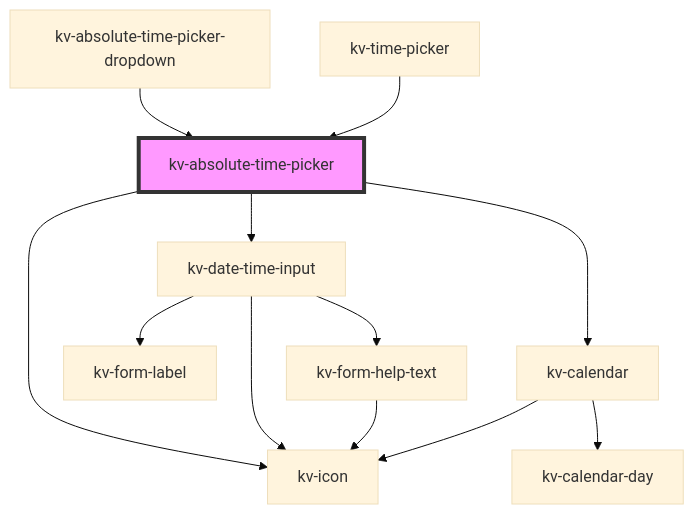
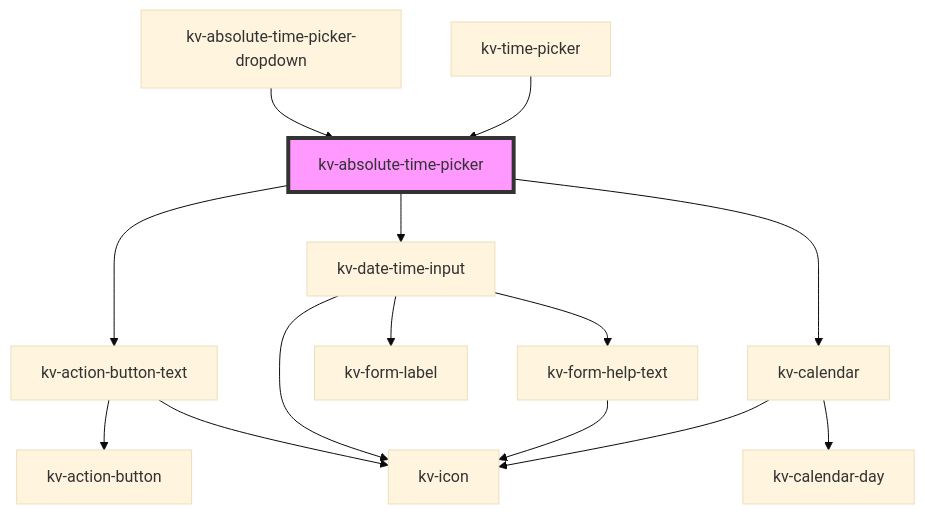
Before and after one commit to kelvininc/ui-components: the diagram in packages/ui-components/src/components/absolute-time-picker/readme.md, drawn with Mermaid (base theme). The commit also changed other lines of this file and 40 other files, not shown here.

Commit message:
feat(time-picker): migrate time pickers to  design tokens

````diff
--- a/packages/ui-components/src/components/absolute-time-picker/readme.md
+++ b/packages/ui-components/src/components/absolute-time-picker/readme.md
@@ -79,15 +79,17 @@
 ```mermaid
 graph TD;
-  kv-absolute-time-picker --> kv-icon
+  kv-absolute-time-picker --> kv-action-button-text
   kv-absolute-time-picker --> kv-date-time-input
   kv-absolute-time-picker --> kv-calendar
+  kv-action-button-text --> kv-action-button
+  kv-action-button-text --> kv-icon
   kv-date-time-input --> kv-form-label
   kv-date-time-input --> kv-icon
   kv-date-time-input --> kv-form-help-text
   kv-form-help-text --> kv-icon
   kv-calendar --> kv-icon
   kv-calendar --> kv-calendar-day
   kv-absolute-time-picker-dropdown --> kv-absolute-time-picker
   kv-time-picker --> kv-absolute-time-picker
   style kv-absolute-time-picker fill:#f9f,stroke:#333,stroke-width:4px
 ```
````
